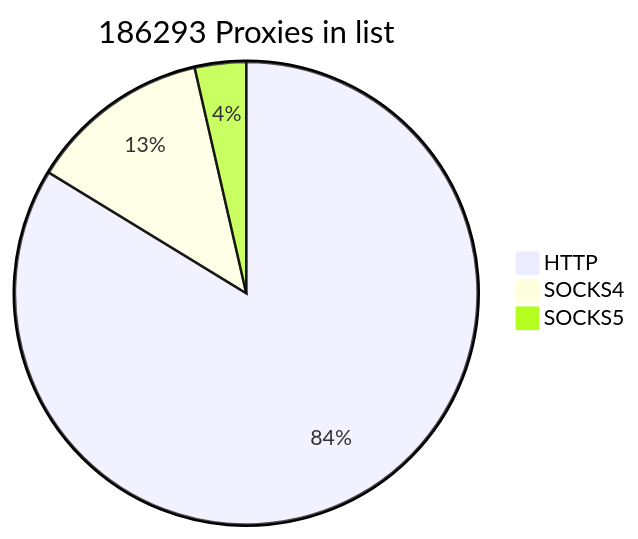
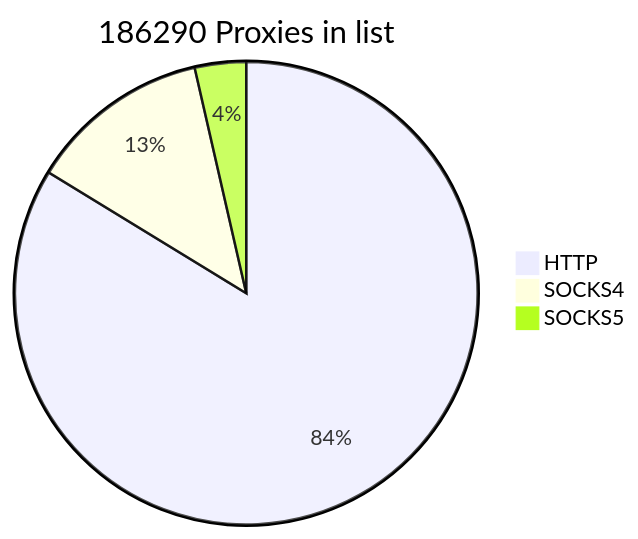
Before and after one commit to cutipu/proxylist: the first of 2 diagrams in README.md, drawn with Mermaid. The commit also changed other lines of this file, not shown here.

````diff
--- a/README.md
+++ b/README.md
@@ -2,7 +2,7 @@
 ```mermaid
-pie title 186293 Proxies in list
-    "HTTP" : 155987
+pie title 186290 Proxies in list
+    "HTTP" : 155984
     "SOCKS4" : 23635
     "SOCKS5" : 6671
             
 ```
````
